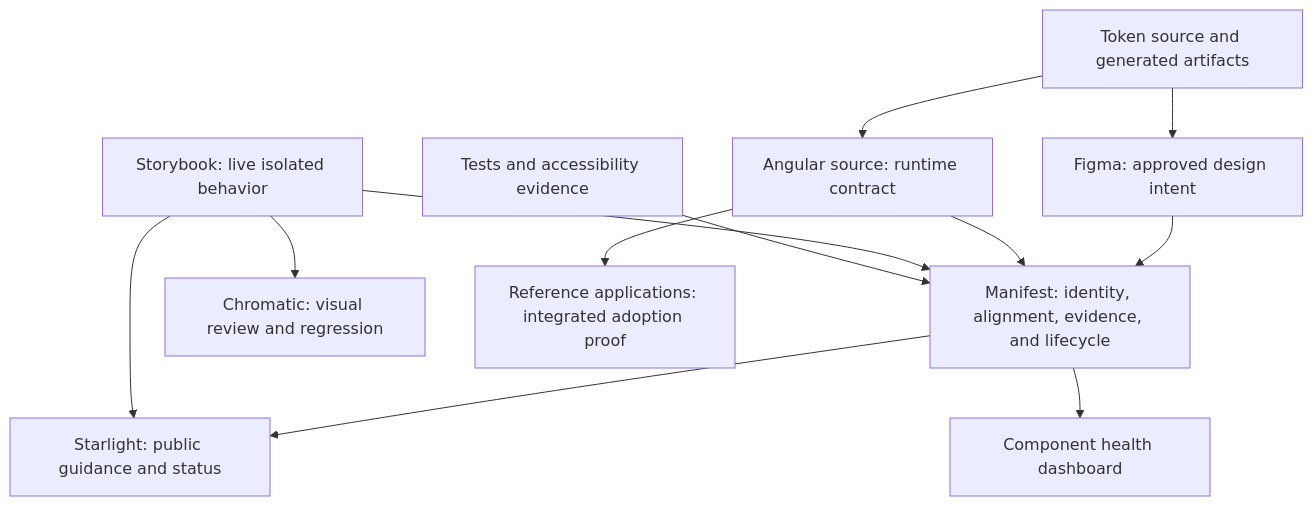
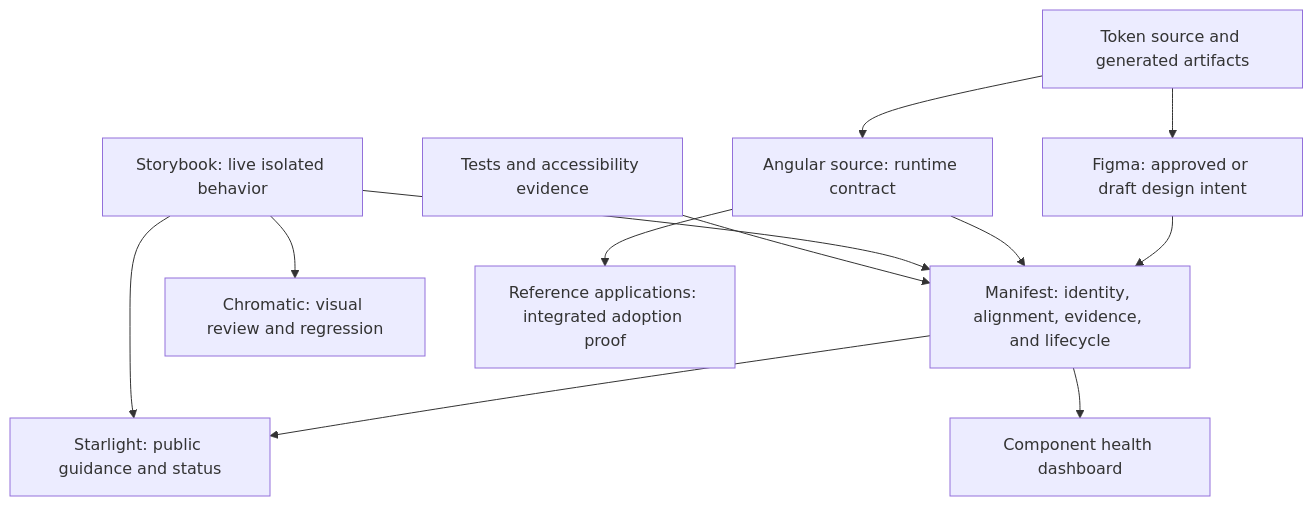
The first of 2 diagrams in docs/documentation-upgrade/README.md (JeffreySanford/public-sector-federation), drawn with Mermaid before and after one commit. The commit also changed other lines of this file, not shown here.

````diff
--- a/docs/documentation-upgrade/README.md
+++ b/docs/documentation-upgrade/README.md
@@ -54,14 +69,14 @@
 ```mermaid
 flowchart TD
-  Figma[Figma: approved design intent] --> Manifest[Manifest: identity, alignment, evidence, and lifecycle]
+  Figma[Figma: approved or draft design intent] --> Manifest[Manifest: identity, alignment, evidence, and lifecycle]
   Code[Angular source: runtime contract] --> Manifest
   Storybook[Storybook: live isolated behavior] --> Manifest
   Tests[Tests and accessibility evidence] --> Manifest
   Tokens[Token source and generated artifacts] --> Code
   Tokens --> Figma
   Manifest --> Starlight[Starlight: public guidance and status]
   Storybook --> Starlight
   Manifest --> Dashboard[Component health dashboard]
   Storybook --> Chromatic[Chromatic: visual review and regression]
   Code --> Apps[Reference applications: integrated adoption proof]
 ```
````
